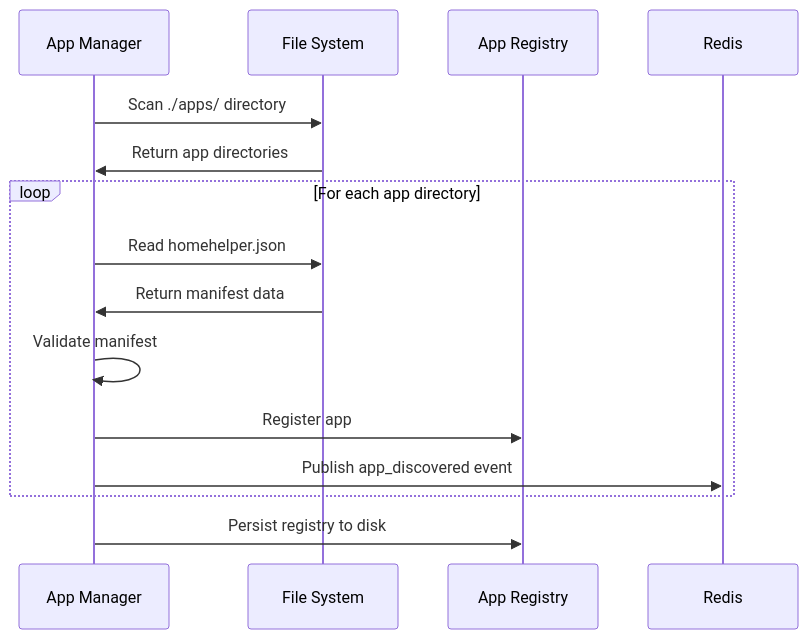
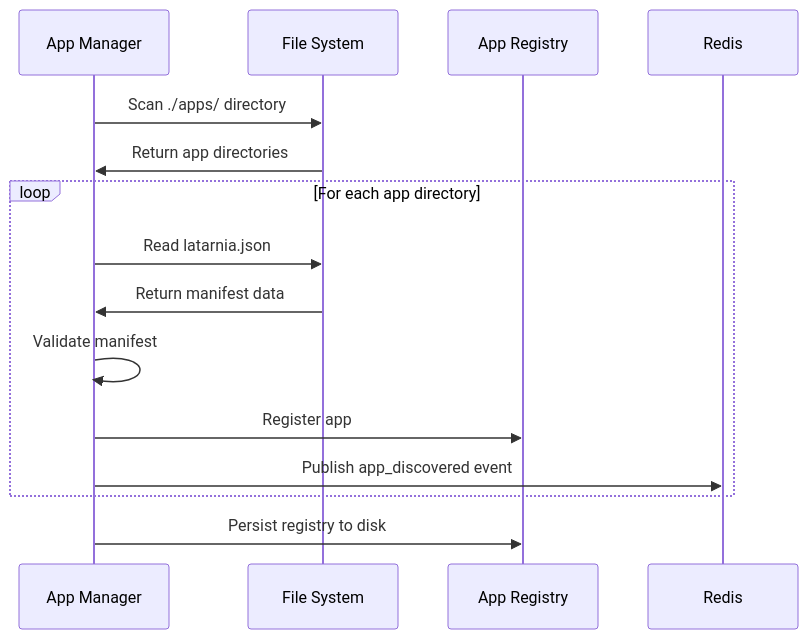
Before and after one commit to felipe-stanham/HomeHelper: the fourth of 6 diagrams in docs/System/architecture.md, drawn with Mermaid. The commit also changed other lines of this file and 49 other files, not shown here.

````diff
--- a/docs/System/architecture.md
+++ b/docs/System/architecture.md
@@ -211,20 +211,20 @@
 ```mermaid
 sequenceDiagram
     participant AM as App Manager
     participant FS as File System
     participant Reg as App Registry
     participant Redis as Redis
     
     AM->>FS: Scan ./apps/ directory
     FS->>AM: Return app directories
     
     loop For each app directory
-        AM->>FS: Read homehelper.json
+        AM->>FS: Read latarnia.json
         FS->>AM: Return manifest data
         AM->>AM: Validate manifest
         AM->>Reg: Register app
         AM->>Redis: Publish app_discovered event
     end
     
     AM->>Reg: Persist registry to disk
 ```
````
